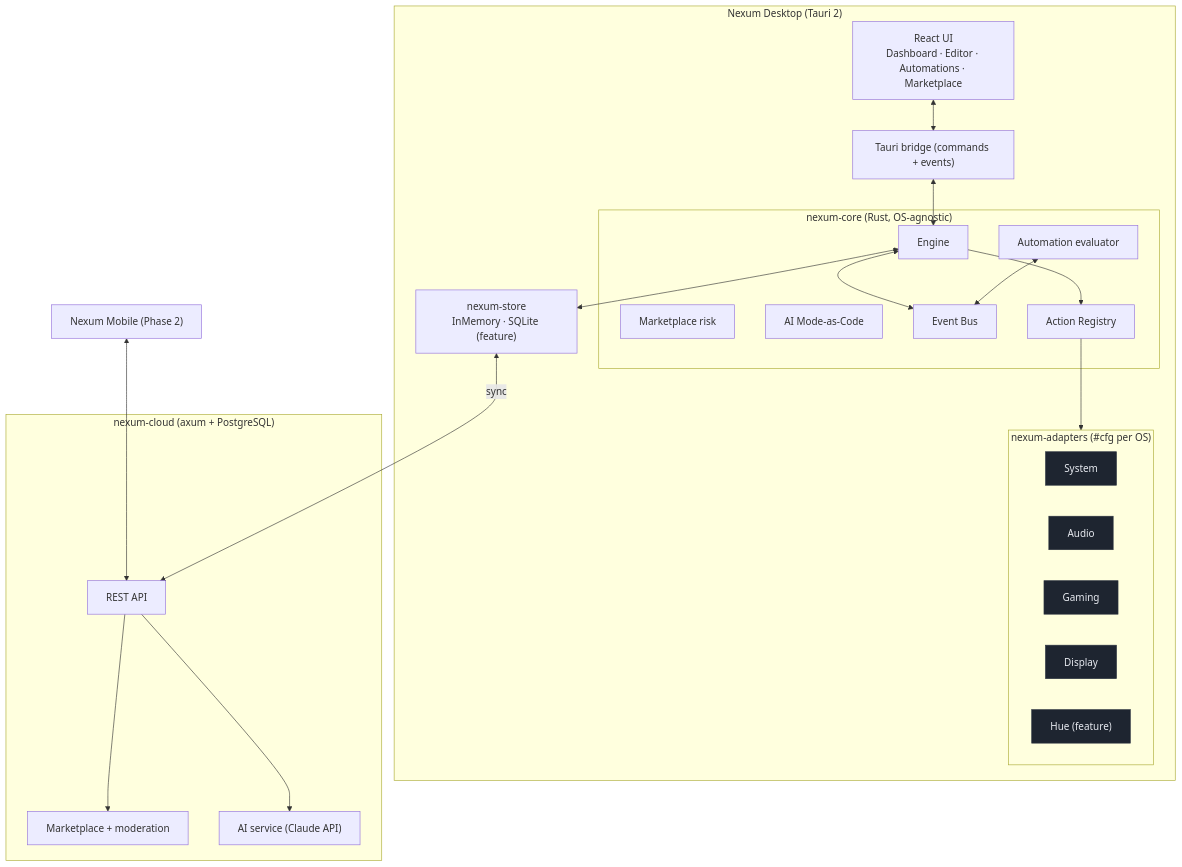
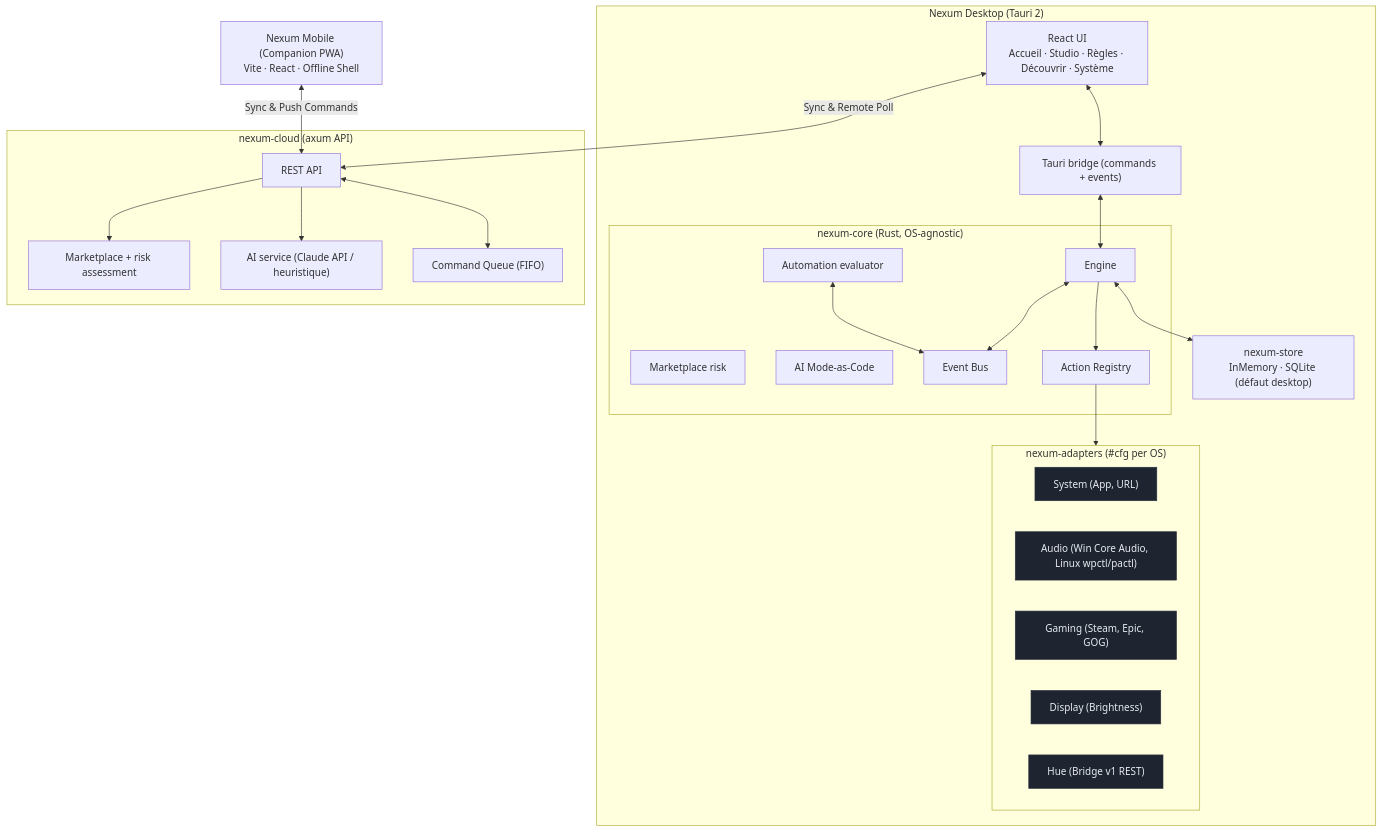
One commit to TeamNexum/Nexum changed the first of 4 diagrams in docs/ARCHITECTURE.md. Above: the diagram before and after it, drawn with Mermaid. The commit also changed 8 other files, not shown here.

````diff
--- a/docs/ARCHITECTURE.md
+++ b/docs/ARCHITECTURE.md
@@ -15,41 +15,43 @@
 ```mermaid
 flowchart TB
     subgraph Client["Nexum Desktop (Tauri 2)"]
-        UI["React UI<br/>Dashboard · Editor · Automations · Marketplace"]
+        UI["React UI<br/>Accueil · Studio · Règles · Découvrir · Système"]
         Bridge["Tauri bridge (commands + events)"]
         subgraph Core["nexum-core (Rust, OS-agnostic)"]
             Engine["Engine"]
             Auto["Automation evaluator"]
             Market["Marketplace risk"]
             AI["AI Mode-as-Code"]
             Bus["Event Bus"]
             Reg["Action Registry"]
         end
         subgraph Adapters["nexum-adapters (#cfg per OS)"]
-            A1["System"]:::a
-            A2["Audio"]:::a
-            A3["Gaming"]:::a
-            A4["Display"]:::a
-            A5["Hue (feature)"]:::a
+            A1["System (App, URL)"]:::a
+            A2["Audio (Win Core Audio, Linux wpctl/pactl)"]:::a
+            A3["Gaming (Steam, Epic, GOG)"]:::a
+            A4["Display (Brightness)"]:::a
+            A5["Hue (Bridge v1 REST)"]:::a
         end
-        Store["nexum-store<br/>InMemory · SQLite (feature)"]
+        Store["nexum-store<br/>InMemory · SQLite (défaut desktop)"]
     end
-    subgraph Cloud["nexum-cloud (axum + PostgreSQL)"]
+    subgraph Cloud["nexum-cloud (axum API)"]
         API["REST API"]
-        CMarket["Marketplace + moderation"]
-        CAI["AI service (Claude API)"]
+        CMarket["Marketplace + risk assessment"]
+        CAI["AI service (Claude API / heuristique)"]
+        CQueue["Command Queue (FIFO)"]
     end
-    Mobile["Nexum Mobile (Phase 2)"]
+    Mobile["Nexum Mobile (Companion PWA)<br/>Vite · React · Offline Shell"]
 
     UI <--> Bridge <--> Engine
     Engine --> Reg --> Adapters
     Engine <--> Bus
     Auto <--> Bus
     Engine <--> Store
-    Store <-->|sync| API
+    UI <-->|Sync & Remote Poll| API
     API --> CMarket
     API --> CAI
-    Mobile <--> API
+    API <--> CQueue
+    Mobile <-->|Sync & Push Commands| API
 
     classDef a fill:#1e2530,stroke:#2a323f,color:#e7eaf0;
 ```
````
